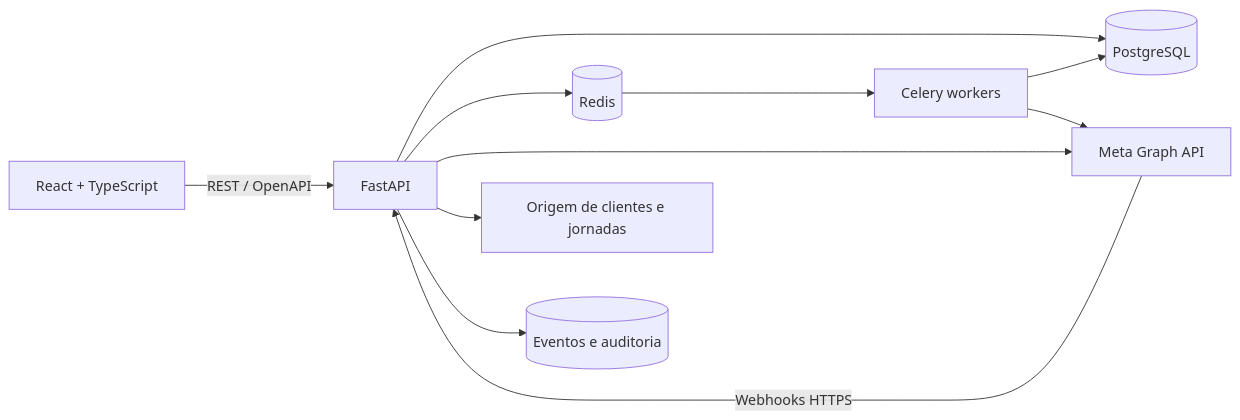
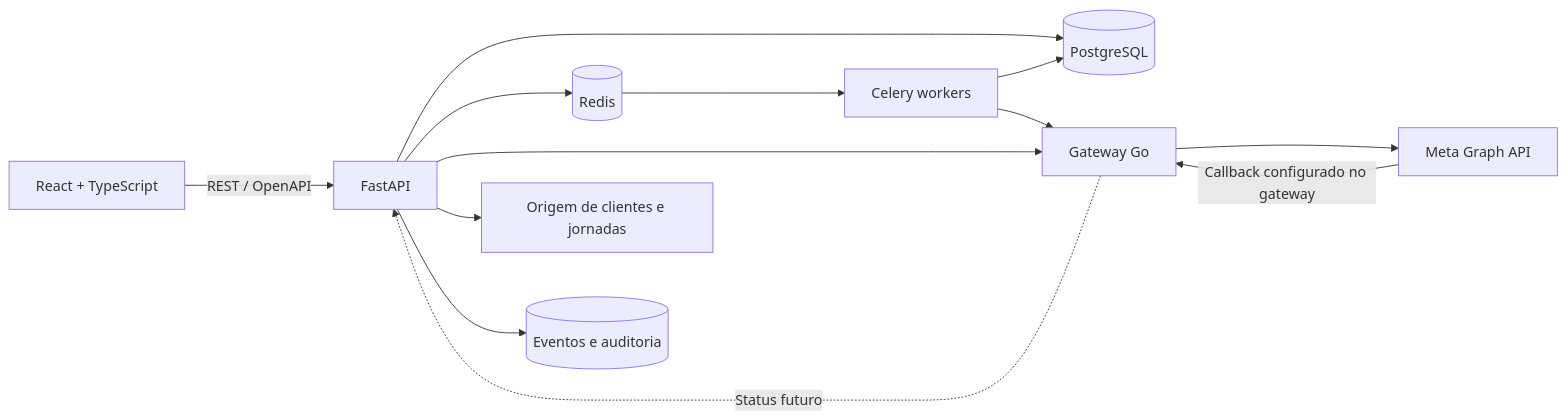
The diagram in PLANEJAMENTO.md (luisdidonato-evig/mensagem_direta_correto), drawn with Mermaid before and after one commit. The commit also changed other lines of this file and 8 other files, not shown here.

````diff
--- a/PLANEJAMENTO.md
+++ b/PLANEJAMENTO.md
@@ -95,13 +97,15 @@
 ```mermaid
 flowchart LR
     UI[React + TypeScript] -->|REST / OpenAPI| API[FastAPI]
     API --> PG[(PostgreSQL)]
     API --> REDIS[(Redis)]
-    API --> META[Meta Graph API]
+    API --> GATEWAY[Gateway Go]
+    GATEWAY --> META[Meta Graph API]
     API --> SOURCE[Origem de clientes e jornadas]
     REDIS --> WORKER[Celery workers]
     WORKER --> PG
-    WORKER --> META
-    META -->|Webhooks HTTPS| API
+    WORKER --> GATEWAY
+    META -->|Callback configurado no gateway| GATEWAY
+    GATEWAY -.->|Status futuro| API
     API --> AUDIT[(Eventos e auditoria)]
 ```
````
